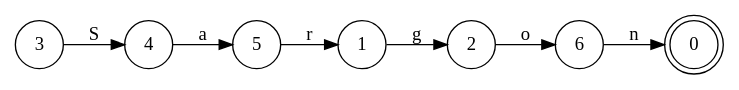
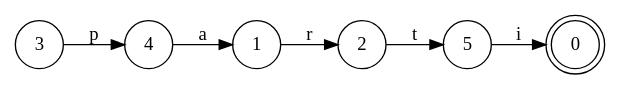
Before and after one commit to marouanosb/Gutenberg-text-search: the diagram in outputs/min_dfa.dot, drawn with Graphviz. The commit also changed 6 other files, not shown here.

```diff
--- a/outputs/min_dfa.dot
+++ b/outputs/min_dfa.dot
@@ -1,17 +1,15 @@
 digraph DFA {
   rankdir=LR;
   node [shape=circle];
   0 [shape=doublecircle];
   1 [shape=circle];
-  1 -> 2 [label="g"];
+  1 -> 2 [label="r"];
   2 [shape=circle];
-  2 -> 6 [label="o"];
+  2 -> 5 [label="t"];
   3 [shape=circle];
-  3 -> 4 [label="S"];
+  3 -> 4 [label="p"];
   4 [shape=circle];
-  4 -> 5 [label="a"];
+  4 -> 1 [label="a"];
   5 [shape=circle];
-  5 -> 1 [label="r"];
-  6 [shape=circle];
-  6 -> 0 [label="n"];
+  5 -> 0 [label="i"];
 }
```
